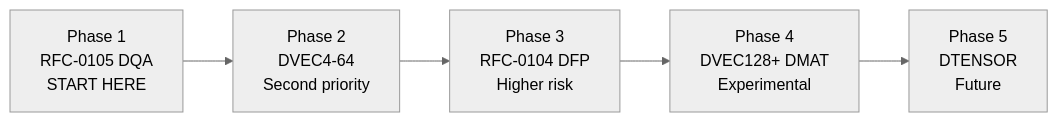
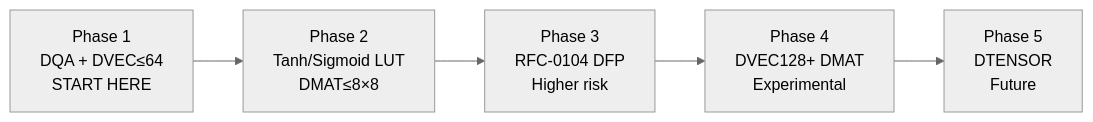
The third of 4 diagrams in rfcs/0106-deterministic-numeric-tower.md (CipherOcto/cipherocto), drawn with Mermaid (neutral theme) before and after one commit. The commit also changed other lines of this file, not shown here.

First line of the commit message:
fix(RFC-0106): v24 - consensus hardening fixes

````diff
--- a/rfcs/0106-deterministic-numeric-tower.md
+++ b/rfcs/0106-deterministic-numeric-tower.md
@@ -2038,7 +2117,7 @@
 ```mermaid
 graph LR
-    P1[Phase 1<br/>RFC-0105 DQA<br/>START HERE] --> P2[Phase 2<br/>DVEC4-64<br/>Second priority]
+    P1[Phase 1<br/>DQA + DVEC≤64<br/>START HERE] --> P2[Phase 2<br/>Tanh/Sigmoid LUT<br/>DMAT≤8×8]
     P2 --> P3[Phase 3<br/>RFC-0104 DFP<br/>Higher risk]
     P3 --> P4[Phase 4<br/>DVEC128+ DMAT<br/>Experimental]
     P4 --> P5[Phase 5<br/>DTENSOR<br/>Future]
 ```
````
